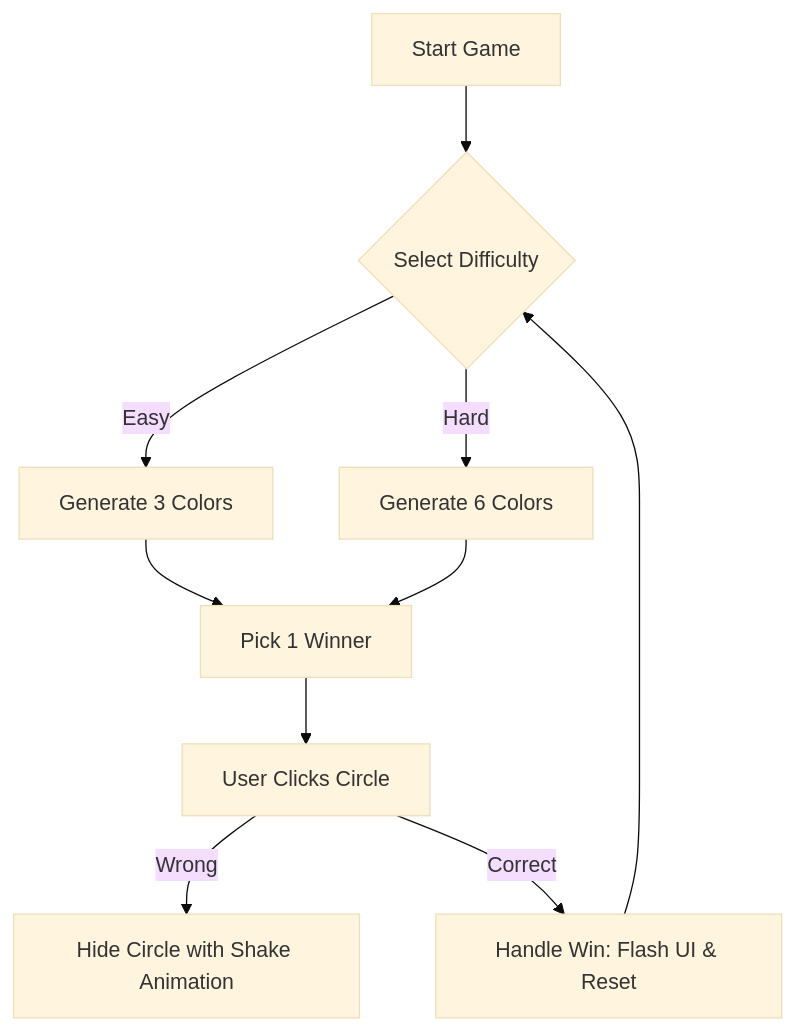
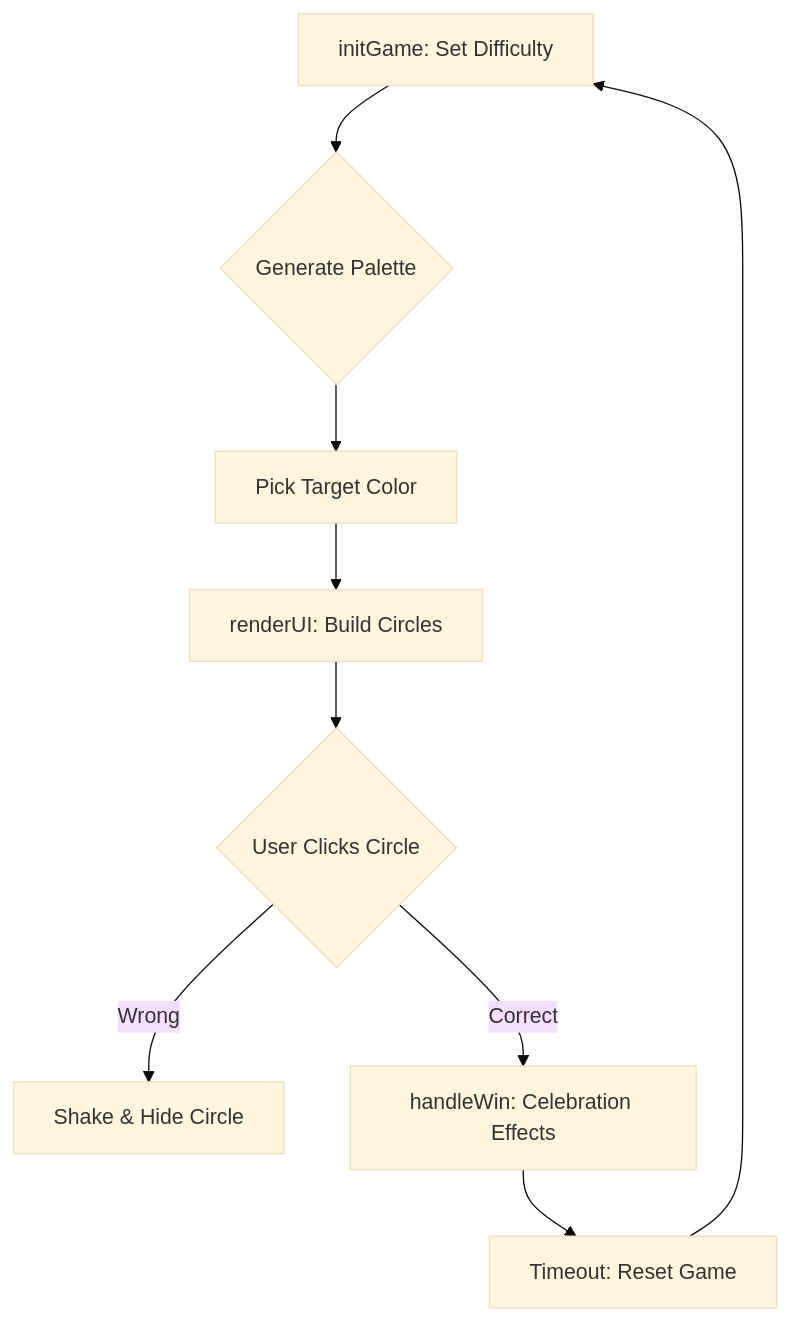
One commit to axlgoze/RGB-game changed the diagram in README.md. Above: the diagram before and after it, drawn with Mermaid (base theme). The commit also changed other lines of this file and 4 other files, not shown here.

````diff
--- a/README.md
+++ b/README.md
@@ -15,12 +15,11 @@
 ```mermaid
 graph TD
-    A[Start Game] --> B{Select Difficulty}
-    B -- Easy --> C[Generate 3 Colors]
-    B -- Hard --> D[Generate 6 Colors]
-    C --> E[Pick 1 Winner]
-    D --> E
-    E --> F[User Clicks Circle]
-    F -- Wrong --> G[Hide Circle with Shake Animation]
-    F -- Correct --> H[Handle Win: Flash UI & Reset]
-    H --> B
+    A[initGame: Set Difficulty] --> B{Generate Palette}
+    B --> C[Pick Target Color]
+    C --> D[renderUI: Build Circles]
+    D --> E{User Clicks Circle}
+    E -- Wrong --> F[Shake & Hide Circle]
+    E -- Correct --> G[handleWin: Celebration Effects]
+    G --> H[Timeout: Reset Game]
+    H --> A
 ```
````
